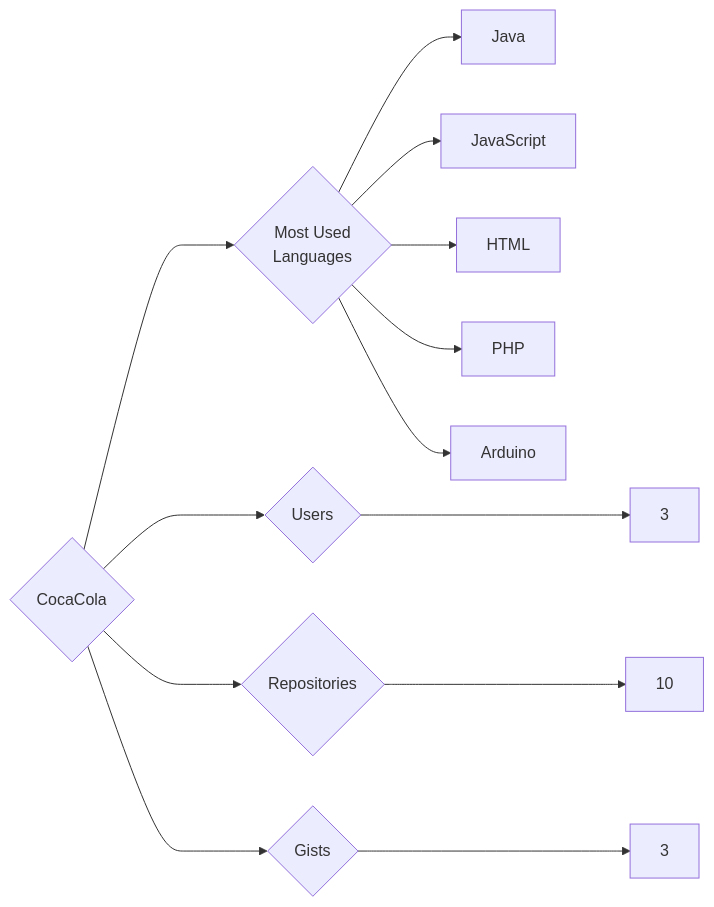
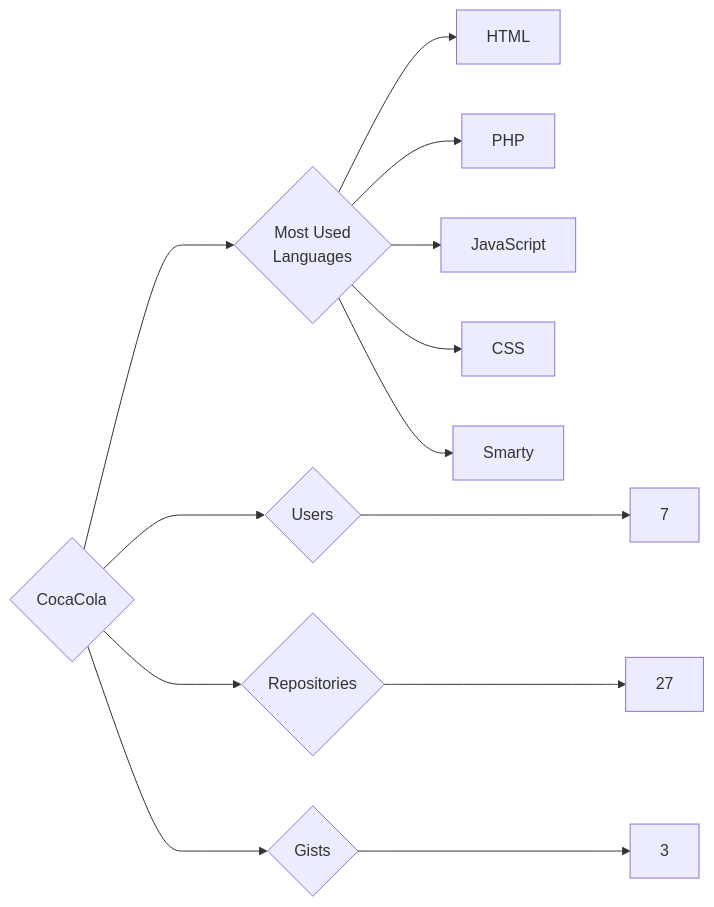
Before and after one commit to trickest/insiders: the diagram in targets/CocaCola/README.md, drawn with Mermaid. The commit also changed 861 other files, not shown here.

````diff
--- a/targets/CocaCola/README.md
+++ b/targets/CocaCola/README.md
@@ -3,13 +3,13 @@
 ```mermaid
 graph LR
 COMPANY_NAME{CocaCola}
-COMPANY_NAME ---> U{Users} ---> UN[3]
-COMPANY_NAME ---> R{Repositories} ---> RN[10]
+COMPANY_NAME ---> U{Users} ---> UN[7]
+COMPANY_NAME ---> R{Repositories} ---> RN[27]
 COMPANY_NAME ---> G{Gists} ---> GN[3]
 COMPANY_NAME ---> ML{Most Used<br>Languages}
-ML --> Java[Java]
-ML --> JavaScript[JavaScript]
 ML --> HTML[HTML]
 ML --> PHP[PHP]
-ML --> Arduino[Arduino]
+ML --> JavaScript[JavaScript]
+ML --> CSS[CSS]
+ML --> Smarty[Smarty]
 ```
````
